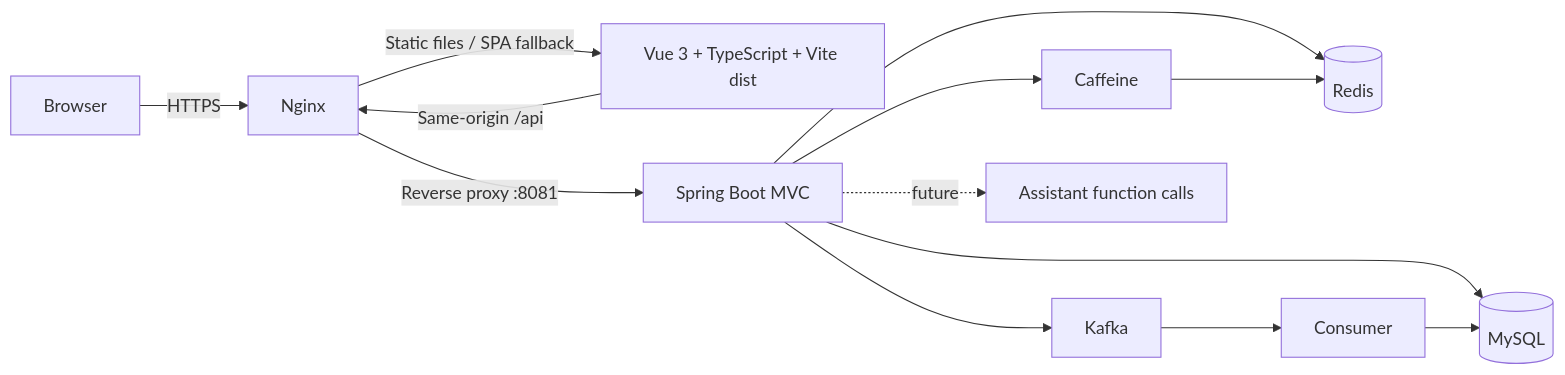
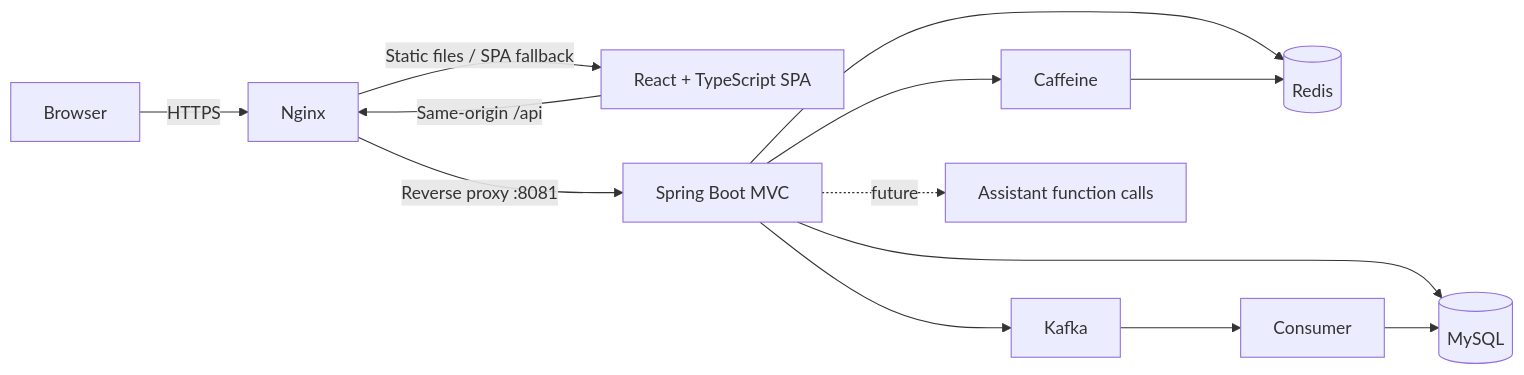
The second of 2 diagrams in docs/architecture.en.md (tommie-04/TokSeckill), drawn with Mermaid before and after one commit. The commit also changed other lines of this file and 4 other files, not shown here.

Commit message:
docs: plan the frontend with React and TypeScript

````diff
--- a/docs/architecture.en.md
+++ b/docs/architecture.en.md
@@ -91,14 +91,14 @@
 ```mermaid
 flowchart LR
     Browser -->|HTTPS| Nginx
-    Nginx -->|"Static files / SPA fallback"| Vue["Vue 3 + TypeScript + Vite dist"]
-    Vue -->|"Same-origin /api"| Nginx
+    Nginx -->|"Static files / SPA fallback"| Web["React + TypeScript SPA"]
+    Web -->|"Same-origin /api"| Nginx
     Nginx -->|"Reverse proxy :8081"| Boot["Spring Boot MVC"]
     Boot --> Caffeine
     Boot --> Redis[(Redis)]
     Caffeine --> Redis
     Boot --> Kafka --> Consumer
     Boot --> DB[(MySQL)]
     Consumer --> DB
     Boot -. future .-> Tools["Assistant function calls"]
 ```
````
